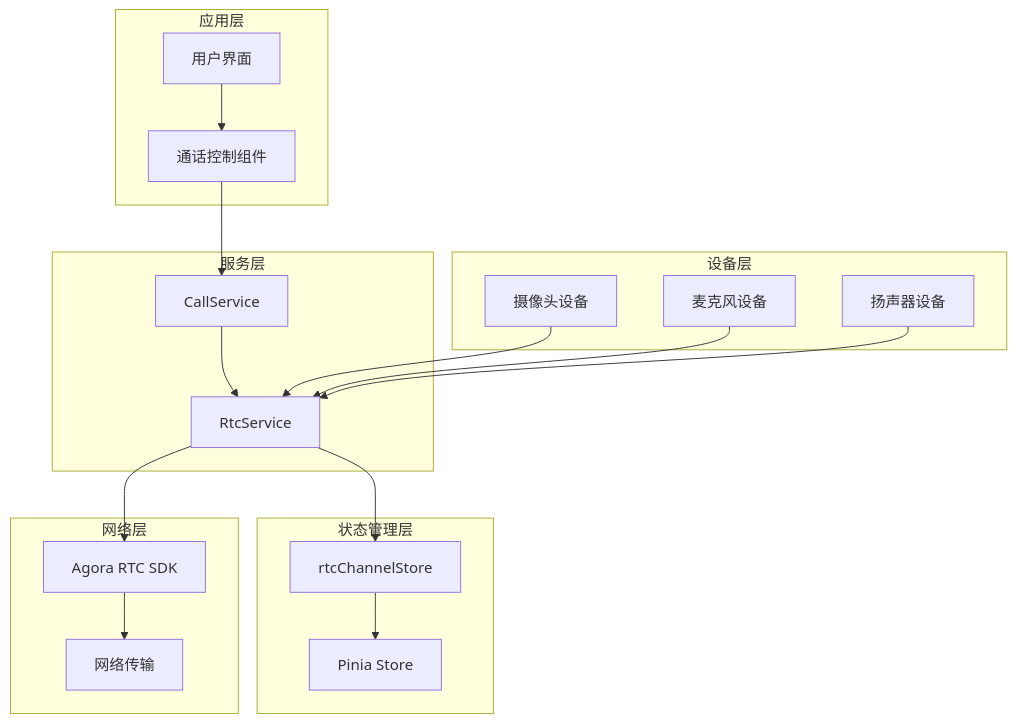
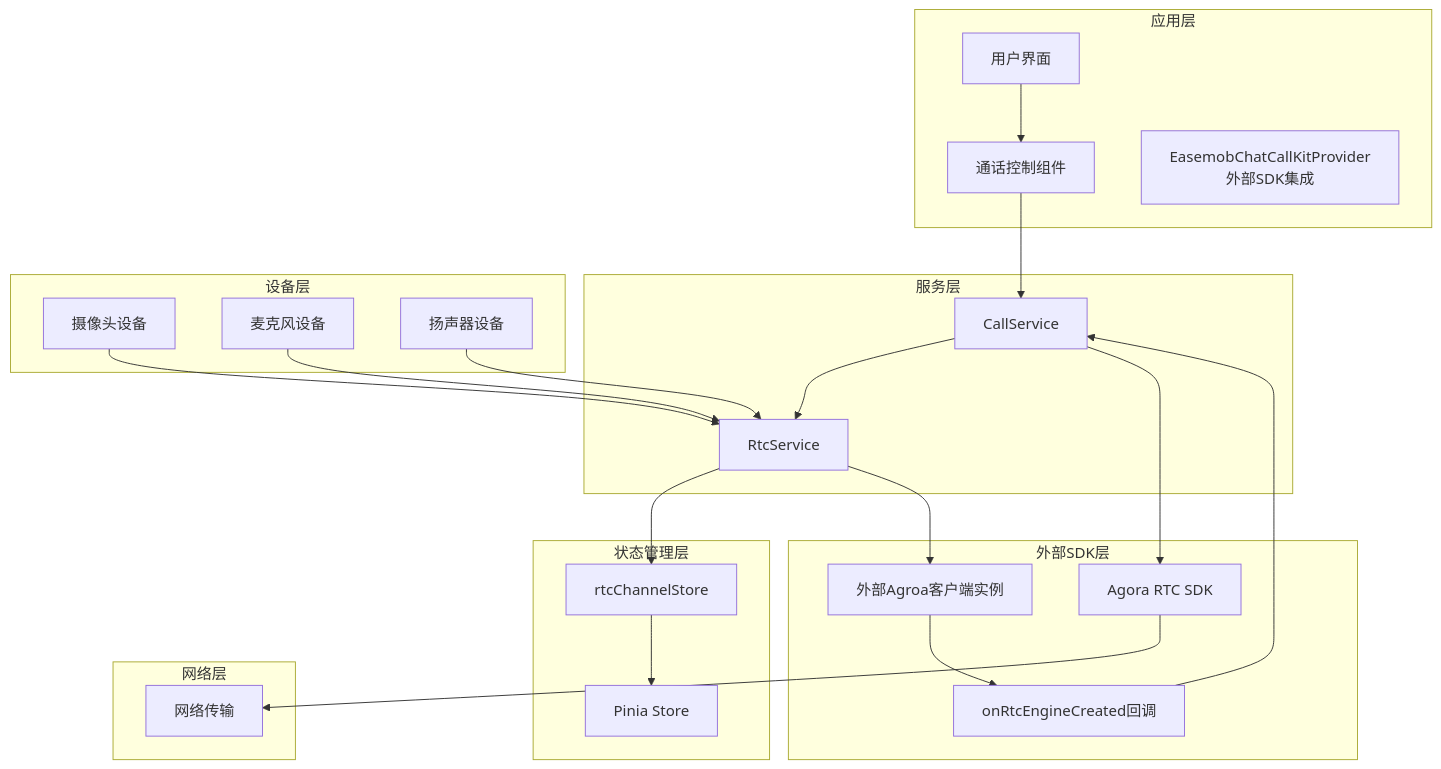
The third of 16 diagrams in .qoder/repowiki/zh/content/服务层/音视频服务 (RtcService).md (Easemob-Community/easemob-uikit-callkit-vue3), drawn with Mermaid before and after one commit. The commit also changed other lines of this file and 6 other files, not shown here.

````diff
--- a/.qoder/repowiki/zh/content/服务层/音视频服务 (RtcService).md
+++ b/.qoder/repowiki/zh/content/服务层/音视频服务 (RtcService).md
@@ -147,34 +194,42 @@
 ```mermaid
 graph TB
 subgraph "应用层"
 UI[用户界面]
 Controls[通话控制组件]
+EasemobProvider[EasemobChatCallKitProvider<br/>外部SDK集成]
 end
 subgraph "服务层"
 CallService[CallService]
 RtcService[RtcService]
 end
 subgraph "状态管理层"
 RtcChannelStore[rtcChannelStore]
 Pinia[Pinia Store]
 end
 subgraph "设备层"
 Camera[摄像头设备]
 Microphone[麦克风设备]
 Speaker[扬声器设备]
 end
+subgraph "外部SDK层"
+ExternalClient[外部Agroa客户端实例]
+onRtcEngineCreated[onRtcEngineCreated回调]
+AgoraSDK[Agora RTC SDK]
+end
 subgraph "网络层"
-Agora[Agora RTC SDK]
 Network[网络传输]
 end
 UI --> Controls
 Controls --> CallService
 CallService --> RtcService
 RtcService --> RtcChannelStore
 RtcChannelStore --> Pinia
-RtcService --> Agora
-Agora --> Network
+RtcService --> ExternalClient
+ExternalClient --> onRtcEngineCreated
+onRtcEngineCreated --> CallService
+CallService --> AgoraSDK
+AgoraSDK --> Network
 Camera --> RtcService
 Microphone --> RtcService
 Speaker --> RtcService
 ```
````
